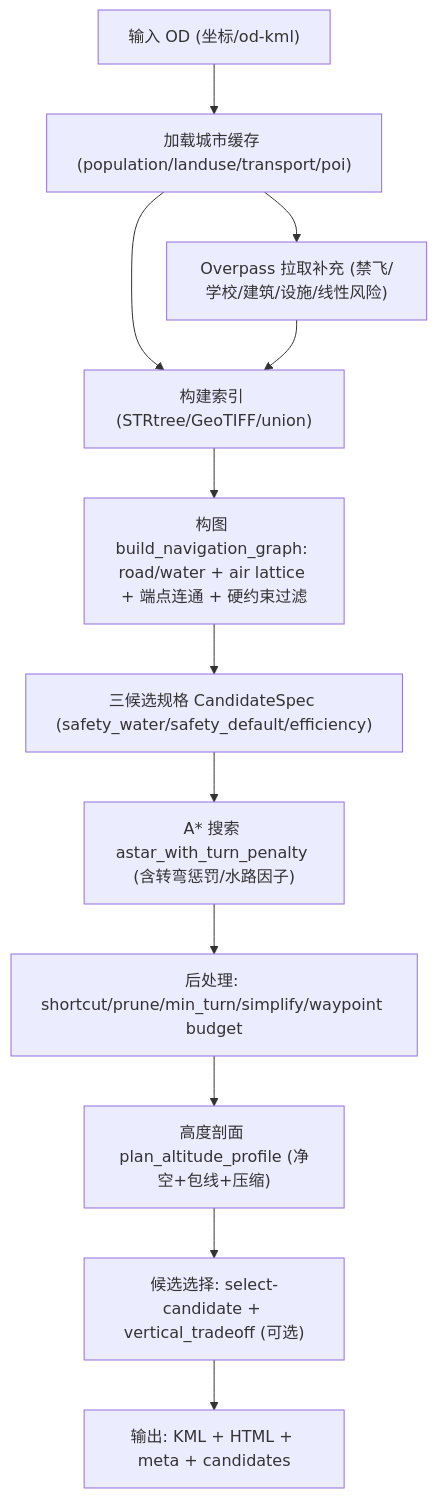
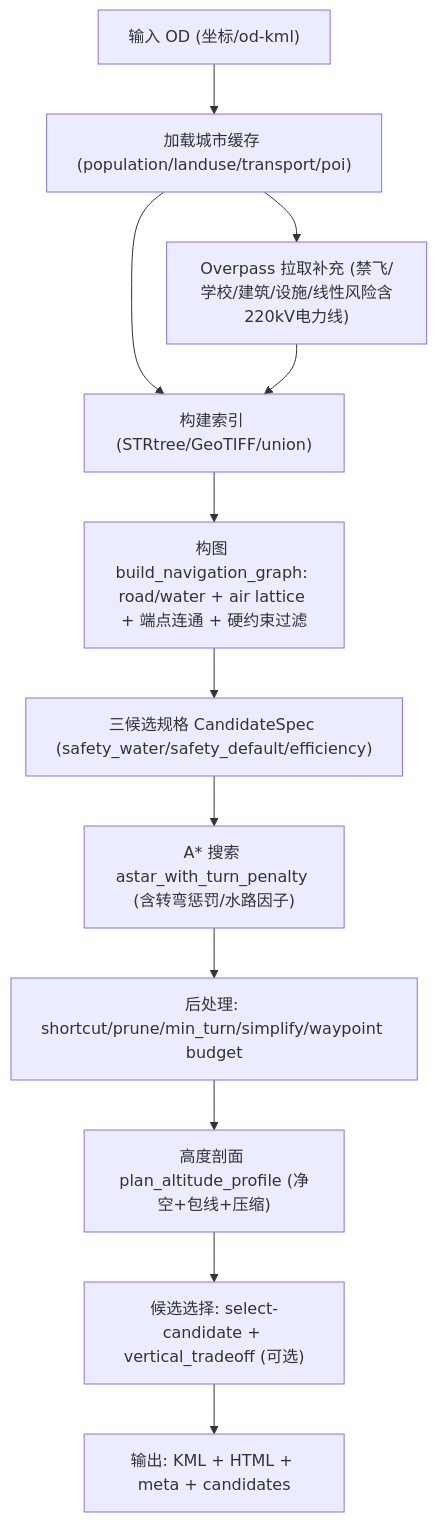
The diagram in ALGORITHM.zh-CN.md (eeelvn-bot/plan-auto-route), drawn with Mermaid before and after one commit. The commit also changed other lines of this file and 4 other files, not shown here.

````diff
--- a/ALGORITHM.zh-CN.md
+++ b/ALGORITHM.zh-CN.md
@@ -390,14 +399,14 @@
 ```mermaid
 flowchart TD
   A["输入 OD (坐标/od-kml)"] --> B["加载城市缓存 (population/landuse/transport/poi)"]
-  B --> C["Overpass 拉取补充 (禁飞/学校/建筑/设施/线性风险)"]
+  B --> C["Overpass 拉取补充 (禁飞/学校/建筑/设施/线性风险含220kV电力线)"]
   B --> D["构建索引 (STRtree/GeoTIFF/union)"]
   C --> D
   D --> E["构图 build_navigation_graph: road/water + air lattice + 端点连通 + 硬约束过滤"]
   E --> F["三候选规格 CandidateSpec (safety_water/safety_default/efficiency)"]
   F --> G["A* 搜索 astar_with_turn_penalty (含转弯惩罚/水路因子)"]
   G --> H["后处理: shortcut/prune/min_turn/simplify/waypoint budget"]
   H --> I["高度剖面 plan_altitude_profile (净空+包线+压缩)"]
   I --> J["候选选择: select-candidate + vertical_tradeoff (可选)"]
   J --> K["输出: KML + HTML + meta + candidates"]
 ```
````
